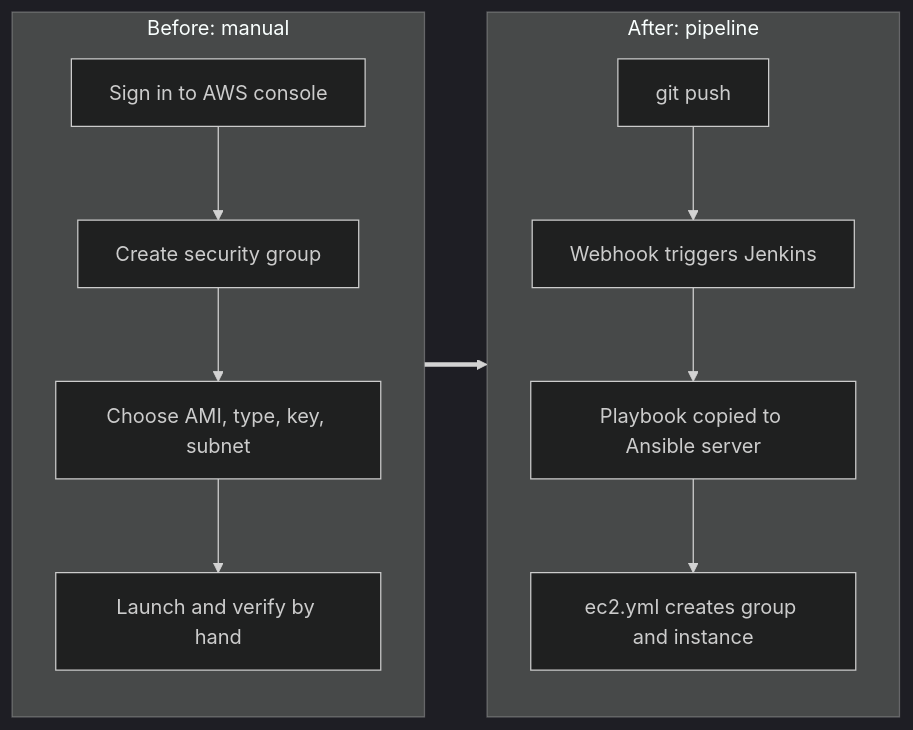
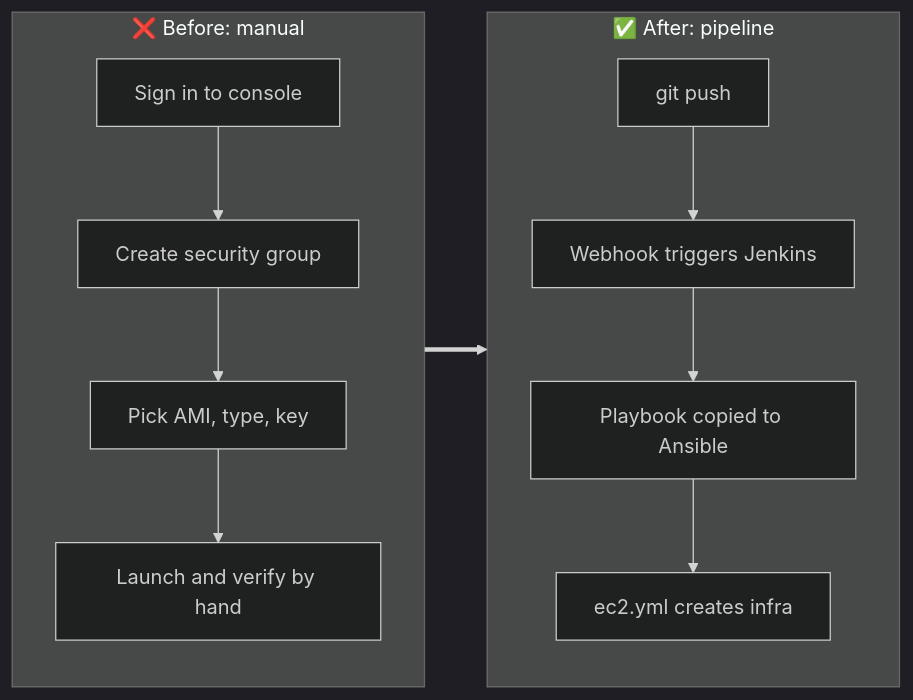
The second of 3 diagrams in README.md (PushpenderKumar7505/PushpenderKumar7505), drawn with Mermaid (dark theme) before and after one commit. The commit also changed other lines of this file, not shown here.

````diff
--- a/README.md
+++ b/README.md
@@ -315,12 +138,12 @@
 ```mermaid
 flowchart LR
-    subgraph BEFORE["Before: manual"]
+    subgraph BEFORE["❌ Before: manual"]
         direction TB
-        M1["Sign in to AWS console"] --> M2["Create security group"] --> M3["Choose AMI, type, key, subnet"] --> M4["Launch and verify by hand"]
+        M1["Sign in to console"] --> M2["Create security group"] --> M3["Pick AMI, type, key"] --> M4["Launch and verify by hand"]
     end
-    subgraph AFTER["After: pipeline"]
+    subgraph AFTER["✅ After: pipeline"]
         direction TB
-        A1["git push"] --> A2["Webhook triggers Jenkins"] --> A3["Playbook copied to Ansible server"] --> A4["ec2.yml creates group and instance"]
+        A1["git push"] --> A2["Webhook triggers Jenkins"] --> A3["Playbook copied to Ansible"] --> A4["ec2.yml creates infra"]
     end
     BEFORE ==> AFTER
 ```
````
